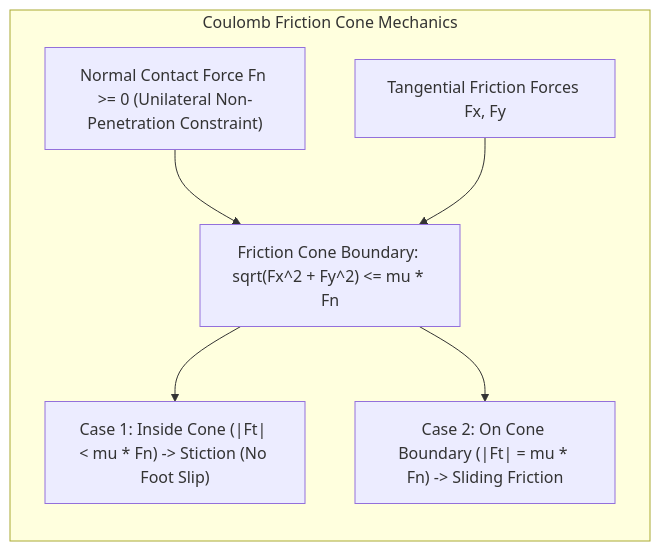
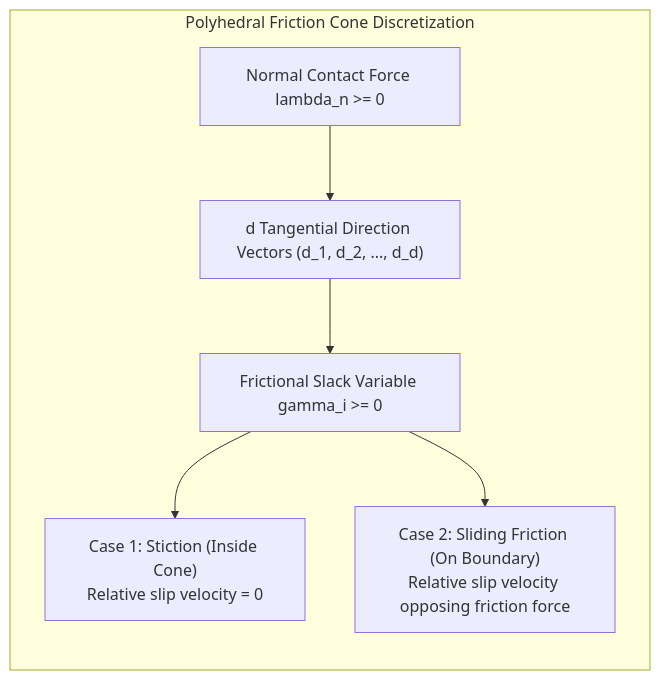
One commit to MudassirT/Physical-AI-Humanoid-Robotics changed the third of 3 diagrams in ai-book-docs/module2-digital-twin/2-2-gazebo-simulation-engine.mdx. Above: the diagram before and after it, drawn with Mermaid. The commit also changed other lines of this file and 2 other files, not shown here.

````diff
--- a/ai-book-docs/module2-digital-twin/2-2-gazebo-simulation-engine.mdx
+++ b/ai-book-docs/module2-digital-twin/2-2-gazebo-simulation-engine.mdx
@@ -82,15 +125,15 @@
 ```mermaid
 flowchart LR
-    subgraph FrictionConeModel["Coulomb Friction Cone Mechanics"]
-        Normal["Normal Contact Force Fn >= 0 (Unilateral Non-Penetration Constraint)"]
-        Tangent["Tangential Friction Forces Fx, Fy"]
-        Cone["Friction Cone Boundary: sqrt(Fx^2 + Fy^2) <= mu * Fn"]
+    subgraph FrictionConeModel["Polyhedral Friction Cone Discretization"]
+        NormalForce["Normal Contact Force lambda_n >= 0"]
+        BasisDirs["d Tangential Direction Vectors (d_1, d_2, ..., d_d)"]
+        SlackVariable["Frictional Slack Variable gamma_i >= 0"]
         
-        StickMode["Case 1: Inside Cone (|Ft| < mu * Fn) -> Stiction (No Foot Slip)"]
-        SlipMode["Case 2: On Cone Boundary (|Ft| = mu * Fn) -> Sliding Friction"]
+        StickState["Case 1: Stiction (Inside Cone)\nRelative slip velocity = 0"]
+        SlipState["Case 2: Sliding Friction (On Boundary)\nRelative slip velocity opposing friction force"]
     end
-    Normal --> Cone
-    Tangent --> Cone
-    Cone --> StickMode
-    Cone --> SlipMode
+    NormalForce --> BasisDirs
+    BasisDirs --> SlackVariable
+    SlackVariable --> StickState
+    SlackVariable --> SlipState
 ```
````
